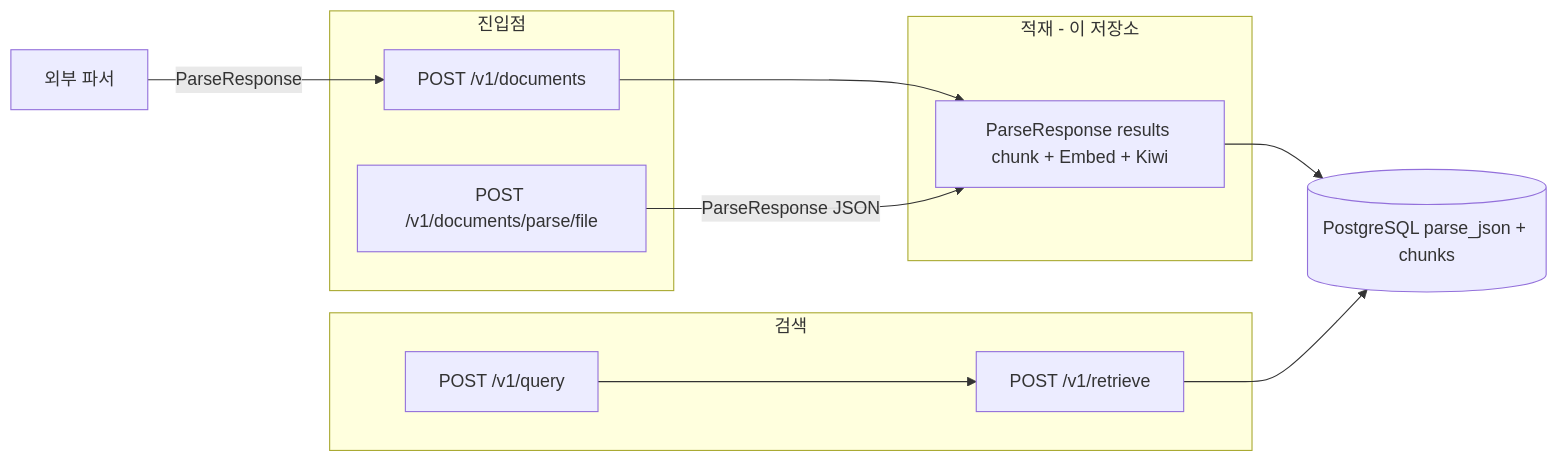
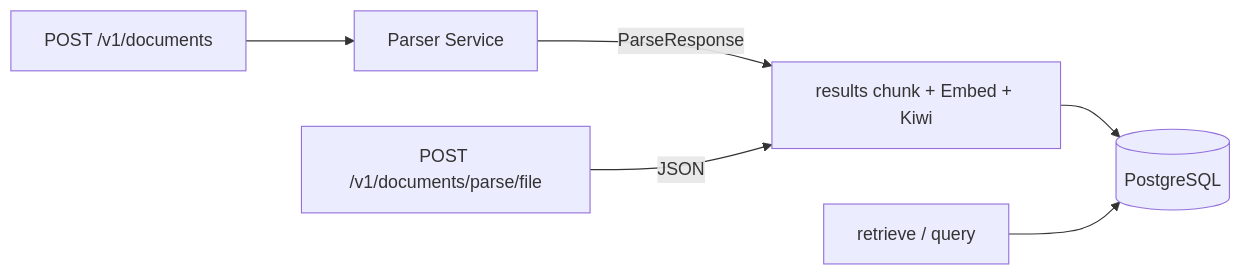
Before and after one commit to santarosalia/rag: the second of 2 diagrams in doc/ARCHITECTURE.md, drawn with Mermaid. The commit also changed other lines of this file and 4 other files, not shown here.

````diff
--- a/doc/ARCHITECTURE.md
+++ b/doc/ARCHITECTURE.md
@@ -169,25 +129,8 @@
 ```mermaid
 flowchart LR
-  subgraph entry [진입점]
-    A[POST /v1/documents]
-    B[POST /v1/documents/parse/file]
-  end
-
-  subgraph load [적재 - 이 저장소]
-    Chunk[ParseResponse results chunk + Embed + Kiwi]
-  end
-
-  subgraph rag_svc [검색]
-    Retrieve[POST /v1/retrieve]
-    Query[POST /v1/query]
-  end
-
-  PG[(PostgreSQL parse_json + chunks)]
-  Ext[외부 파서]
-
-  Ext -->|ParseResponse| A --> Chunk
-  B -->|ParseResponse JSON| Chunk
-  Chunk --> PG
-  Retrieve --> PG
-  Query --> Retrieve
+  A[POST /v1/documents] --> Ext[Parser Service]
+  Ext -->|ParseResponse| Chunk
+  B[POST /v1/documents/parse/file] -->|JSON| Chunk
+  Chunk[results chunk + Embed + Kiwi] --> PG[(PostgreSQL)]
+  Q[retrieve / query] --> PG
 ```
````
